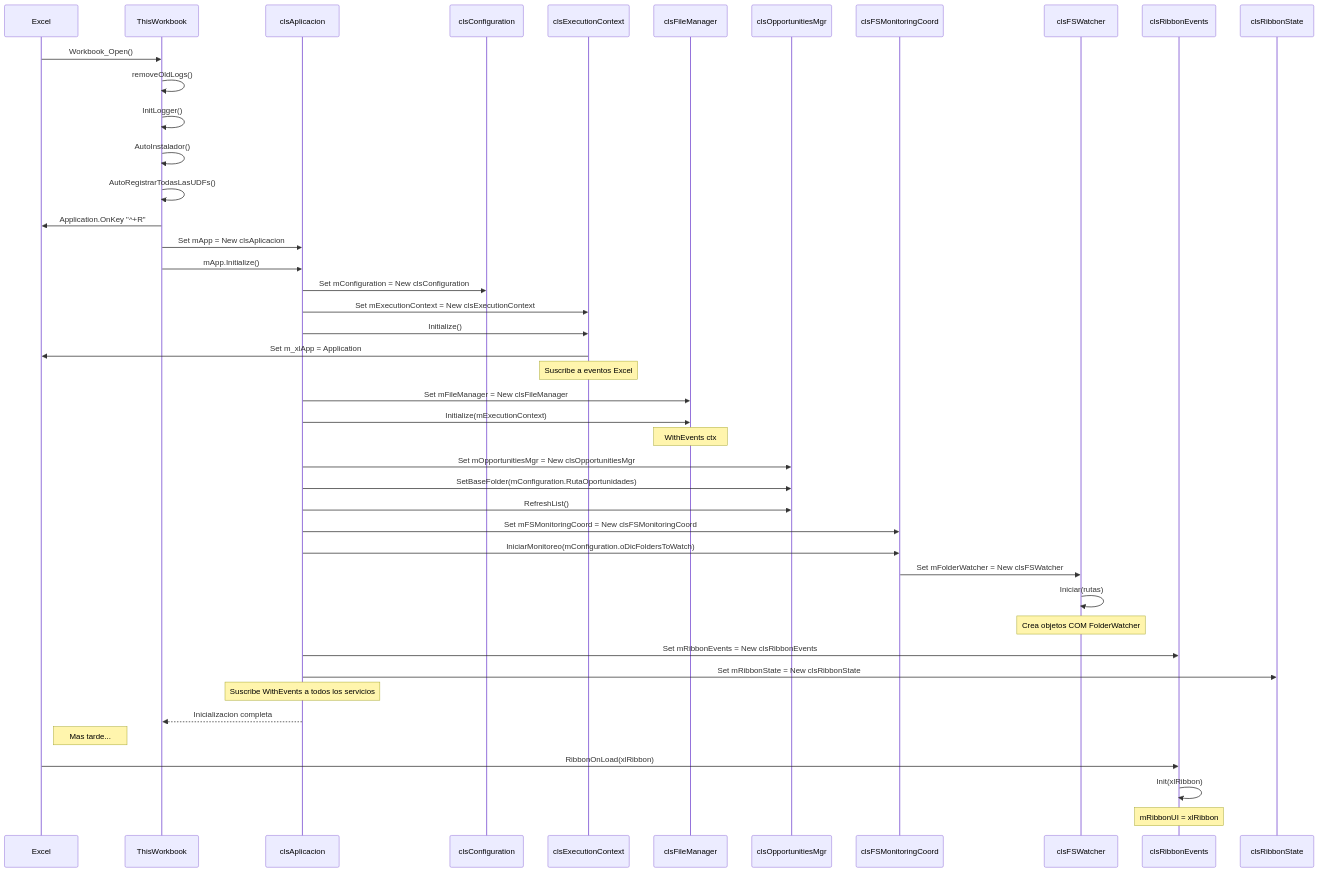
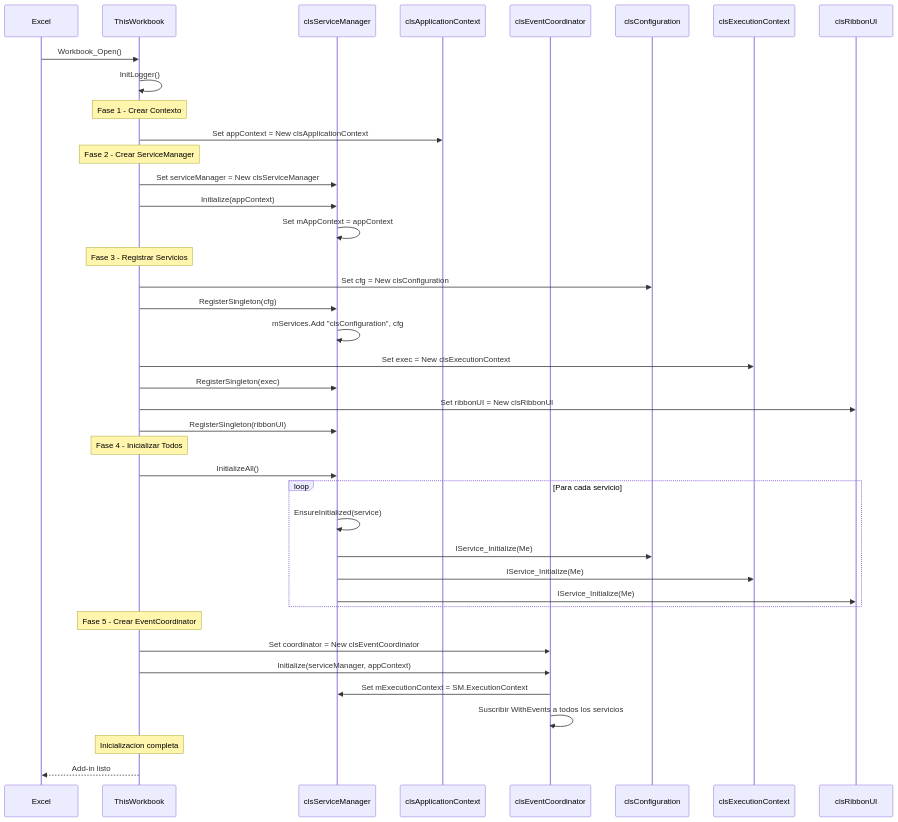
Before and after one commit to gautxori-yuyu/claude-vba-excel-abc-refactor: the eighth of 13 diagrams in CLAUDE.md, drawn with Mermaid. The commit also changed other lines of this file, not shown here.

````diff
--- a/CLAUDE.md
+++ b/CLAUDE.md
@@ -1049,54 +883,51 @@
 ```mermaid
 sequenceDiagram
     participant Excel
     participant TW as ThisWorkbook
-    participant App as clsAplicacion
+    participant SM as clsServiceManager
+    participant AC as clsApplicationContext
+    participant EC as clsEventCoordinator
     participant CFG as clsConfiguration
     participant EXEC as clsExecutionContext
-    participant FM as clsFileManager
-    participant OPP as clsOpportunitiesMgr
-    participant FSM as clsFSMonitoringCoord
-    participant FSW as clsFSWatcher
-    participant RibbonEv as clsRibbonEvents
-    participant RibbonSt as clsRibbonState
+    participant RUI as clsRibbonUI
 
     Excel->>TW: Workbook_Open()
-    TW->>TW: removeOldLogs()
     TW->>TW: InitLogger()
-    TW->>TW: AutoInstalador()
-    TW->>TW: AutoRegistrarTodasLasUDFs()
-    TW->>Excel: Application.OnKey "^+R"
-    TW->>App: Set mApp = New clsAplicacion
-    TW->>App: mApp.Initialize()
 
-    App->>CFG: Set mConfiguration = New clsConfiguration
-    App->>EXEC: Set mExecutionContext = New clsExecutionContext
-    App->>EXEC: Initialize()
-    EXEC->>Excel: Set m_xlApp = Application
-    Note over EXEC: Suscribe a eventos Excel
+    Note over TW: Fase 1 - Crear Contexto
+    TW->>AC: Set appContext = New clsApplicationContext
 
-    App->>FM: Set mFileManager = New clsFileManager
-    App->>FM: Initialize(mExecutionContext)
-    Note over FM: WithEvents ctx
+    Note over TW: Fase 2 - Crear ServiceManager
+    TW->>SM: Set serviceManager = New clsServiceManager
+    TW->>SM: Initialize(appContext)
+    SM->>SM: Set mAppContext = appContext
 
-    App->>OPP: Set mOpportunitiesMgr = New clsOpportunitiesMgr
-    App->>OPP: SetBaseFolder(mConfiguration.RutaOportunidades)
-    App->>OPP: RefreshList()
+    Note over TW: Fase 3 - Registrar Servicios
+    TW->>CFG: Set cfg = New clsConfiguration
+    TW->>SM: RegisterSingleton(cfg)
+    SM->>SM: mServices.Add "clsConfiguration", cfg
 
-    App->>FSM: Set mFSMonitoringCoord = New clsFSMonitoringCoord
-    App->>FSM: IniciarMonitoreo(mConfiguration.oDicFoldersToWatch)
-    FSM->>FSW: Set mFolderWatcher = New clsFSWatcher
-    FSW->>FSW: Iniciar(rutas)
-    Note over FSW: Crea objetos COM FolderWatcher
+    TW->>EXEC: Set exec = New clsExecutionContext
+    TW->>SM: RegisterSingleton(exec)
 
-    App->>RibbonEv: Set mRibbonEvents = New clsRibbonEvents
-    App->>RibbonSt: Set mRibbonState = New clsRibbonState
+    TW->>RUI: Set ribbonUI = New clsRibbonUI
+    TW->>SM: RegisterSingleton(ribbonUI)
 
-    Note over App: Suscribe WithEvents a todos los servicios
-    App-->>TW: Inicializacion completa
+    Note over TW: Fase 4 - Inicializar Todos
+    TW->>SM: InitializeAll()
+    loop Para cada servicio
+        SM->>SM: EnsureInitialized(service)
+        SM->>CFG: IService_Initialize(Me)
+        SM->>EXEC: IService_Initialize(Me)
+        SM->>RUI: IService_Initialize(Me)
+    end
 
-    Note right of Excel: Mas tarde...
-    Excel->>RibbonEv: RibbonOnLoad(xlRibbon)
-    RibbonEv->>RibbonEv: Init(xlRibbon)
-    Note over RibbonEv: mRibbonUI = xlRibbon
+    Note over TW: Fase 5 - Crear EventCoordinator
+    TW->>EC: Set coordinator = New clsEventCoordinator
+    TW->>EC: Initialize(serviceManager, appContext)
+    EC->>SM: Set mExecutionContext = SM.ExecutionContext
+    EC->>EC: Suscribir WithEvents a todos los servicios
+
+    Note over TW: Inicializacion completa
+    TW-->>Excel: Add-in listo
 ```
````
